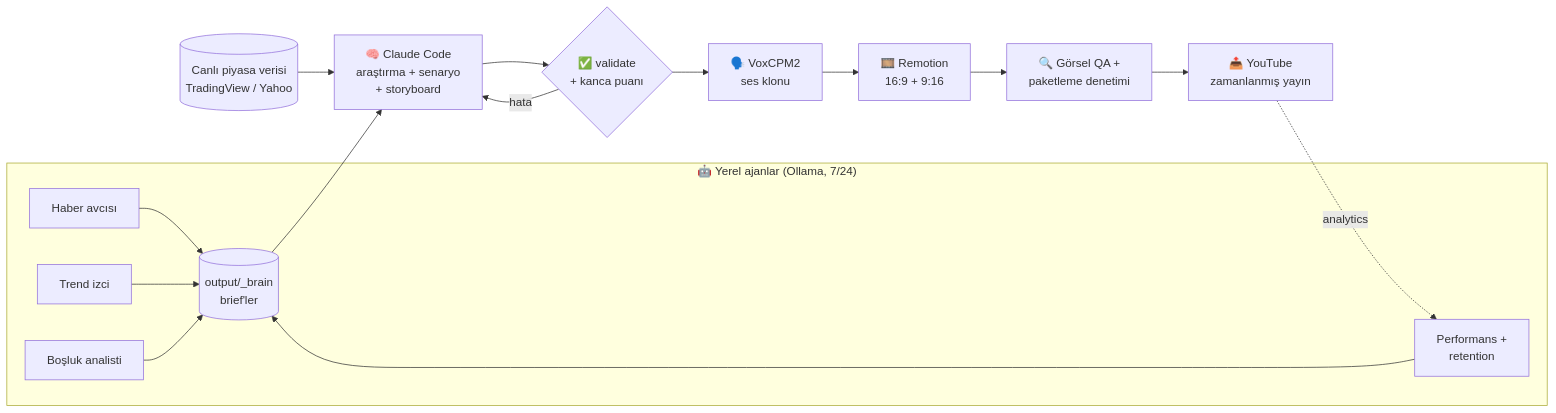
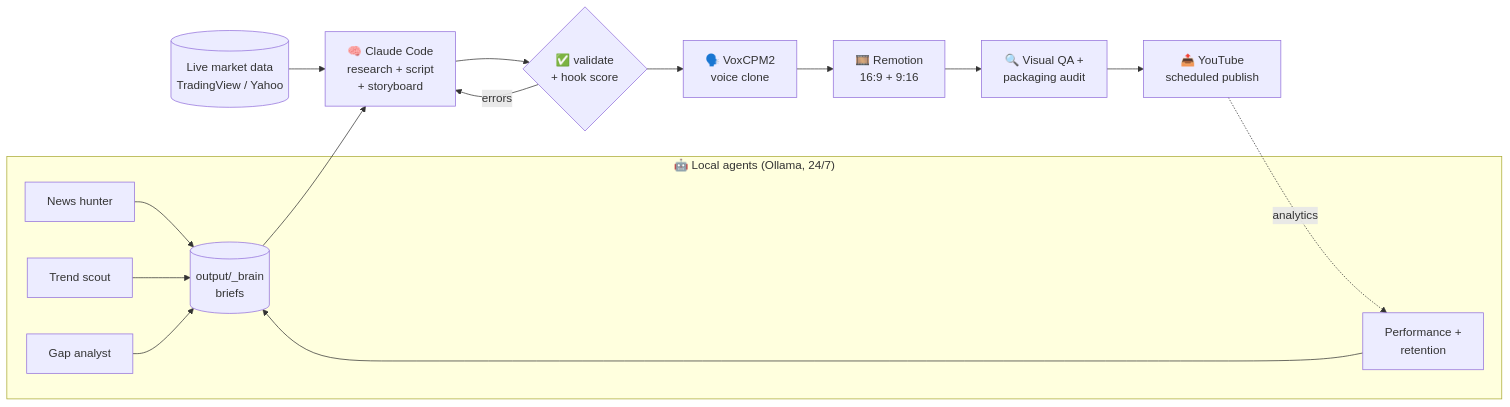
One commit to SerhatUygun/youtube-finans-otomasyon changed the diagram in README.md. Above: the diagram before and after it, drawn with Mermaid. The commit also changed other lines of this file, not shown here.

````diff
--- a/README.md
+++ b/README.md
@@ -32,18 +30,18 @@
 ```mermaid
 flowchart LR
-    subgraph Ajanlar["🤖 Yerel ajanlar (Ollama, 7/24)"]
-        N[Haber avcısı] --> B[(output/_brain<br/>brief'ler)]
-        T[Trend izci] --> B
-        P[Performans +<br/>retention] --> B
-        G[Boşluk analisti] --> B
+    subgraph Agents["🤖 Local agents (Ollama, 24/7)"]
+        N[News hunter] --> B[(output/_brain<br/>briefs)]
+        T[Trend scout] --> B
+        P[Performance +<br/>retention] --> B
+        G[Gap analyst] --> B
     end
-    B --> C["🧠 Claude Code<br/>araştırma + senaryo<br/>+ storyboard"]
-    D[(Canlı piyasa verisi<br/>TradingView / Yahoo)] --> C
-    C --> V{"✅ validate<br/>+ kanca puanı"}
-    V -- hata --> C
-    V --> S["🗣️ VoxCPM2<br/>ses klonu"]
+    B --> C["🧠 Claude Code<br/>research + script<br/>+ storyboard"]
+    D[(Live market data<br/>TradingView / Yahoo)] --> C
+    C --> V{"✅ validate<br/>+ hook score"}
+    V -- errors --> C
+    V --> S["🗣️ VoxCPM2<br/>voice clone"]
     S --> R["🎞️ Remotion<br/>16:9 + 9:16"]
-    R --> Q["🔍 Görsel QA +<br/>paketleme denetimi"]
-    Q --> Y["📤 YouTube<br/>zamanlanmış yayın"]
+    R --> Q["🔍 Visual QA +<br/>packaging audit"]
+    Q --> Y["📤 YouTube<br/>scheduled publish"]
     Y -. analytics .-> P
 ```
````
